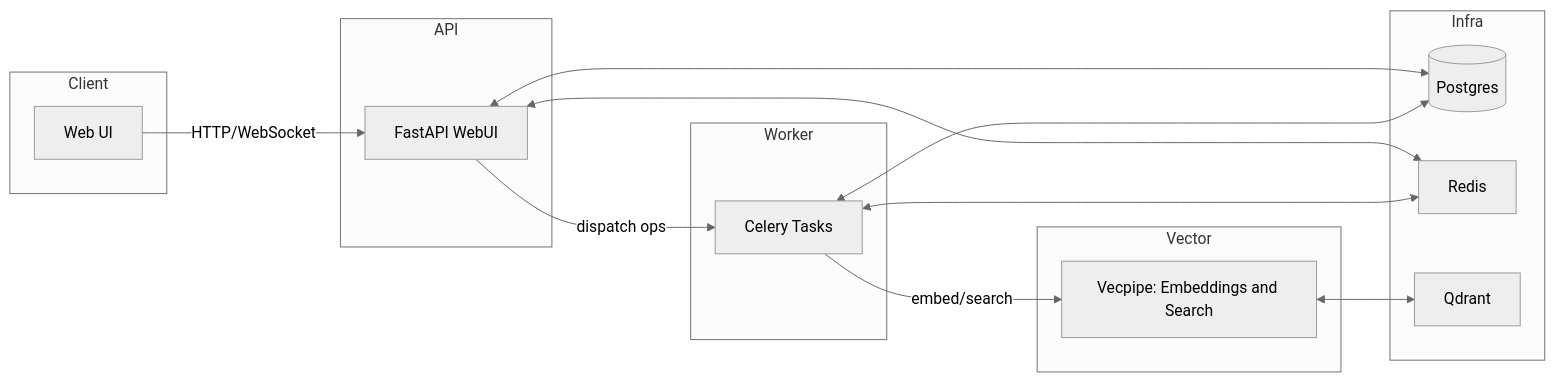
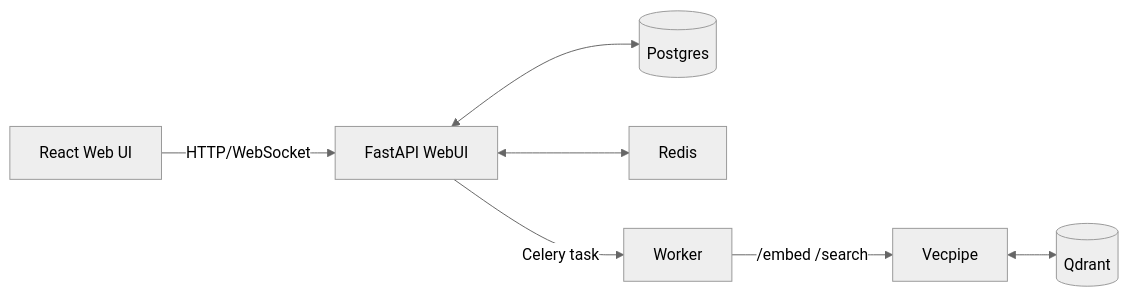
Before and after one commit to jbmiller10/semantik: the diagram in README.md, drawn with Mermaid (neutral theme). The commit also changed other lines of this file and 7 other files, not shown here.

````diff
--- a/README.md
+++ b/README.md
@@ -47,29 +40,9 @@
 ```mermaid
 flowchart LR
-  subgraph Client
-    UI[Web UI]
-  end
-  subgraph API
-    WebUI[FastAPI WebUI]
-  end
-  subgraph Infra
-    PG[(Postgres)]
-    R[Redis]
-    Q[Qdrant]
-  end
-  subgraph Worker
-    C[Celery Tasks]
-  end
-  subgraph Vector
-    V[Vecpipe: Embeddings and Search]
-  end
-
-  UI -->|HTTP/WebSocket| WebUI
-  WebUI <--> PG
-  WebUI <--> R
-  WebUI -->|dispatch ops| C
-  C <--> PG
-  C <--> R
-  C -->|embed/search| V
-  V <--> Q
+  UI[React Web UI] -->|HTTP/WebSocket| WebUI[FastAPI WebUI]
+  WebUI <--> PG[(Postgres)]
+  WebUI <--> R[Redis]
+  WebUI -->|Celery task| W[Worker]
+  W -->|/embed /search| V[Vecpipe]
+  V <--> Q[(Qdrant)]
 ```
````
